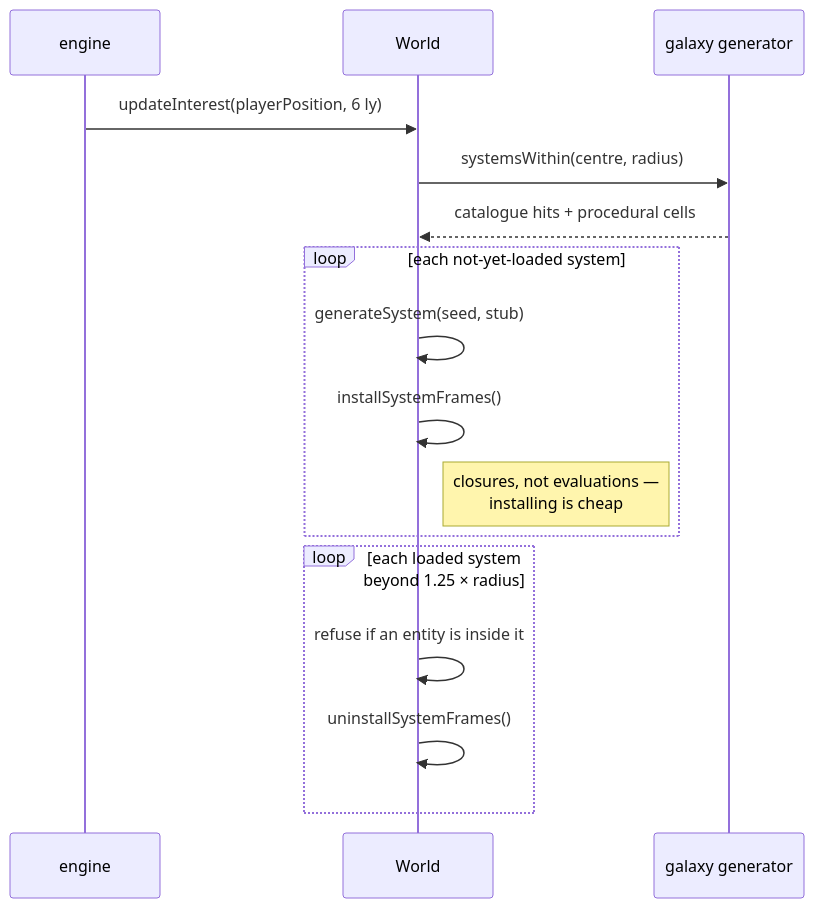
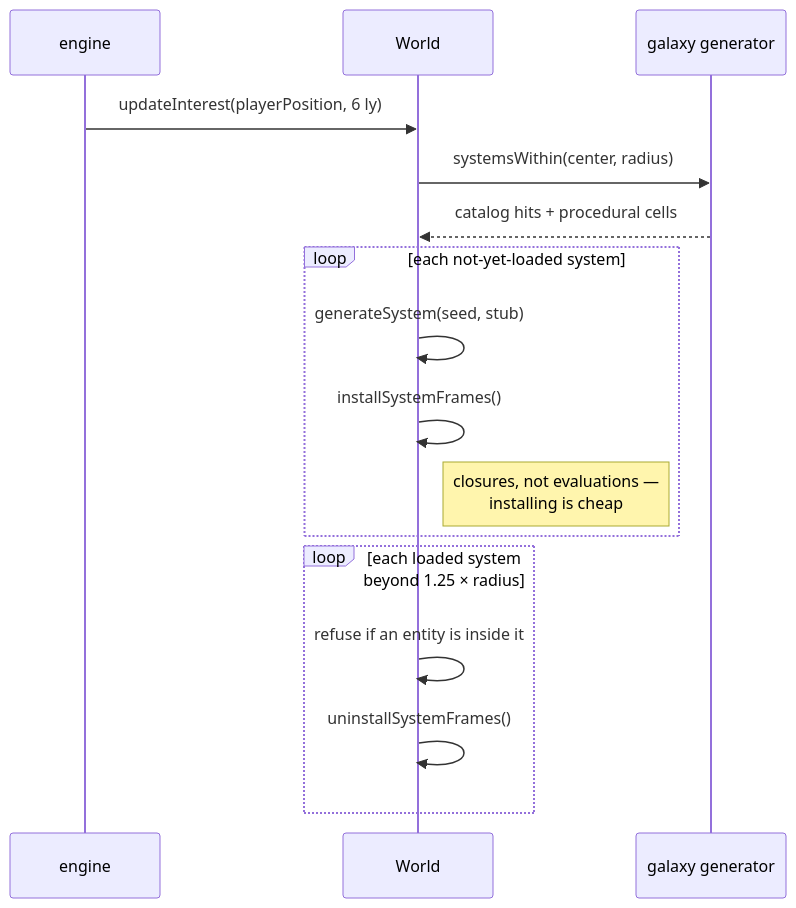
Before and after one commit to jonjaques/inertialref: the second of 3 diagrams in docs/concepts/streaming.md, drawn with Mermaid. The commit also changed 83 other files, not shown here.

````diff
--- a/docs/concepts/streaming.md
+++ b/docs/concepts/streaming.md
@@ -43,19 +43,19 @@
 ```mermaid
 sequenceDiagram
     participant E as engine
     participant W as World
     participant G as galaxy generator
 
     E->>W: updateInterest(playerPosition, 6 ly)
-    W->>G: systemsWithin(centre, radius)
-    G-->>W: catalogue hits + procedural cells
+    W->>G: systemsWithin(center, radius)
+    G-->>W: catalog hits + procedural cells
     loop each not-yet-loaded system
         W->>W: generateSystem(seed, stub)
         W->>W: installSystemFrames()
         Note right of W: closures, not evaluations —<br/>installing is cheap
     end
     loop each loaded system beyond 1.25 × radius
         W->>W: refuse if an entity is inside it
         W->>W: uninstallSystemFrames()
     end
 ```
````
